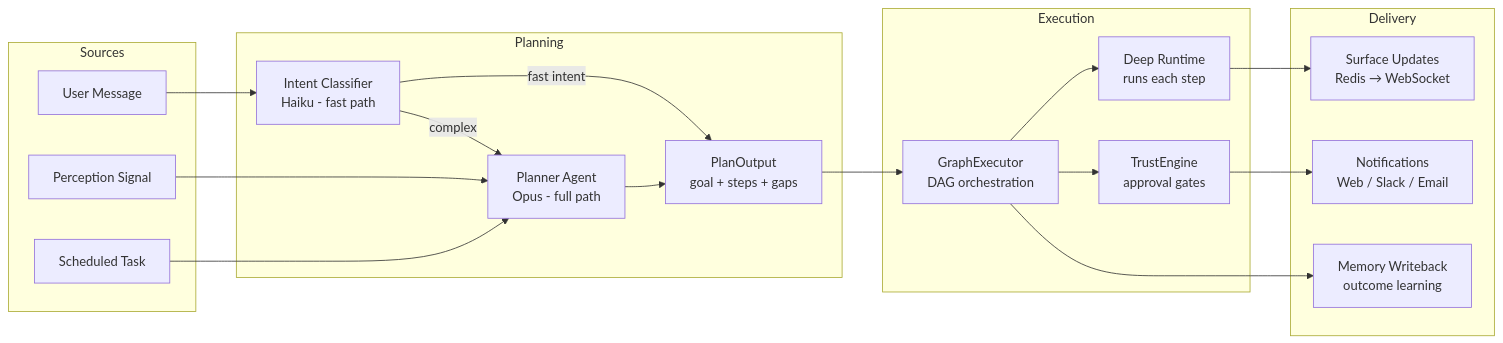
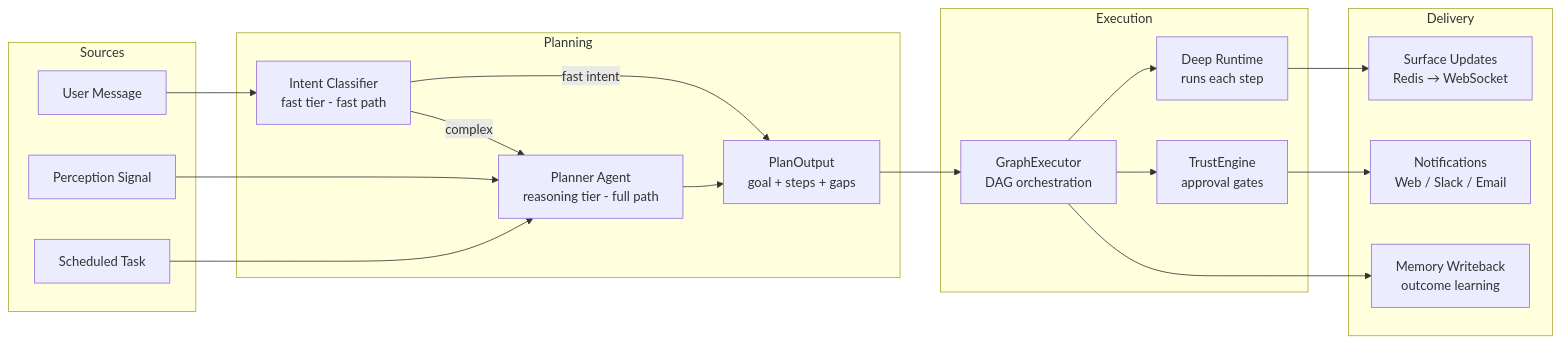
The first of 17 diagrams in docs/architecture/plan-execution-deep-dive.md (shivadharmi/muldro), drawn with Mermaid before and after one commit. The commit also changed other lines of this file and 11 other files, not shown here.

````diff
--- a/docs/architecture/plan-execution-deep-dive.md
+++ b/docs/architecture/plan-execution-deep-dive.md
@@ -30,39 +30,39 @@
 ```mermaid
 flowchart LR
     subgraph Sources
         A[User Message]
         B[Perception Signal]
         C[Scheduled Task]
     end
 
     subgraph Planning
-        D[Intent Classifier<br/>Haiku - fast path]
-        E[Planner Agent<br/>Opus - full path]
+        D[Intent Classifier<br/>fast tier - fast path]
+        E[Planner Agent<br/>reasoning tier - full path]
         F[PlanOutput<br/>goal + steps + gaps]
     end
 
     subgraph Execution
         G[GraphExecutor<br/>DAG orchestration]
         H[Deep Runtime<br/>runs each step]
         I[TrustEngine<br/>approval gates]
     end
 
     subgraph Delivery
         J[Surface Updates<br/>Redis → WebSocket]
         K[Notifications<br/>Web / Slack / Email]
         L[Memory Writeback<br/>outcome learning]
     end
 
     A --> D
     B --> E
     C --> E
     D -->|fast intent| F
     D -->|complex| E
     E --> F
     F --> G
     G --> H
     G --> I
     H --> J
     I --> K
     G --> L
 ```
````
